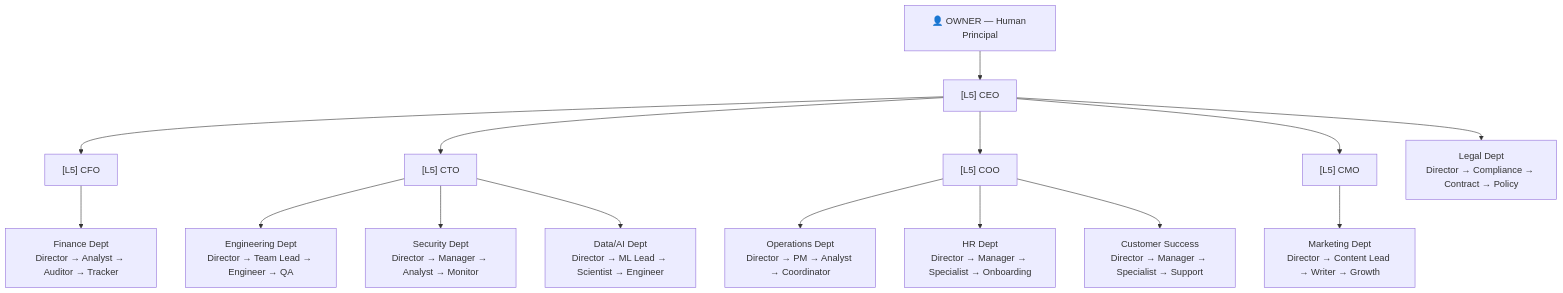
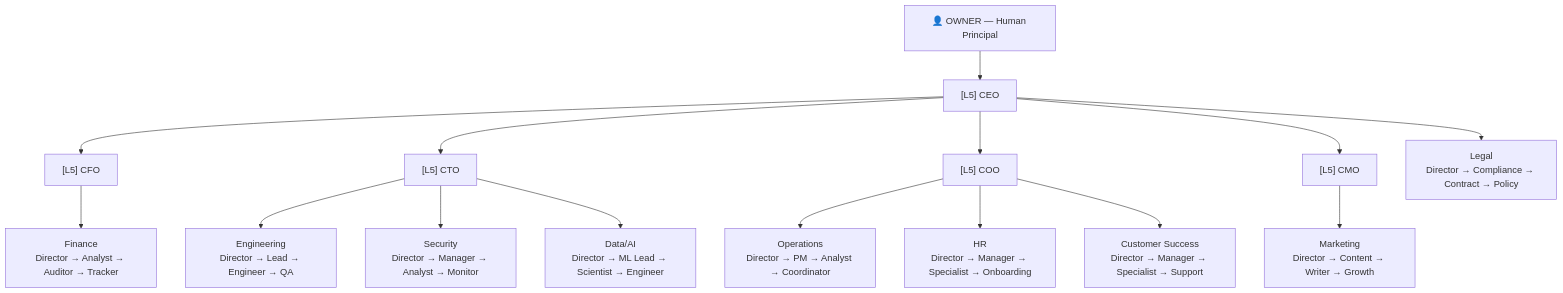
Before and after one commit to Arigitshub/CorpAI: the diagram in README.md, drawn with Mermaid. The commit also changed other lines of this file and 11 other files, not shown here.

````diff
--- a/README.md
+++ b/README.md
@@ -30,22 +32,22 @@
 ```mermaid
 graph TD
     OWNER["👤 OWNER — Human Principal"]
     CEO["[L5] CEO"]
     CFO["[L5] CFO"]
     CTO["[L5] CTO"]
     COO["[L5] COO"]
     CMO["[L5] CMO"]
 
     OWNER --> CEO
     CEO --> CFO & CTO & COO & CMO
 
-    CFO --> Finance["Finance Dept\nDirector → Analyst → Auditor → Tracker"]
-    CTO --> Engineering["Engineering Dept\nDirector → Team Lead → Engineer → QA"]
-    CTO --> Security["Security Dept\nDirector → Manager → Analyst → Monitor"]
-    CTO --> DataAI["Data/AI Dept\nDirector → ML Lead → Scientist → Engineer"]
-    COO --> Operations["Operations Dept\nDirector → PM → Analyst → Coordinator"]
-    COO --> HR["HR Dept\nDirector → Manager → Specialist → Onboarding"]
+    CFO --> Finance["Finance\nDirector → Analyst → Auditor → Tracker"]
+    CTO --> Engineering["Engineering\nDirector → Lead → Engineer → QA"]
+    CTO --> Security["Security\nDirector → Manager → Analyst → Monitor"]
+    CTO --> DataAI["Data/AI\nDirector → ML Lead → Scientist → Engineer"]
+    COO --> Operations["Operations\nDirector → PM → Analyst → Coordinator"]
+    COO --> HR["HR\nDirector → Manager → Specialist → Onboarding"]
     COO --> CS["Customer Success\nDirector → Manager → Specialist → Support"]
-    CMO --> Marketing["Marketing Dept\nDirector → Content Lead → Writer → Growth"]
-    CEO --> Legal["Legal Dept\nDirector → Compliance → Contract → Policy"]
+    CMO --> Marketing["Marketing\nDirector → Content → Writer → Growth"]
+    CEO --> Legal["Legal\nDirector → Compliance → Contract → Policy"]
 ```
````
